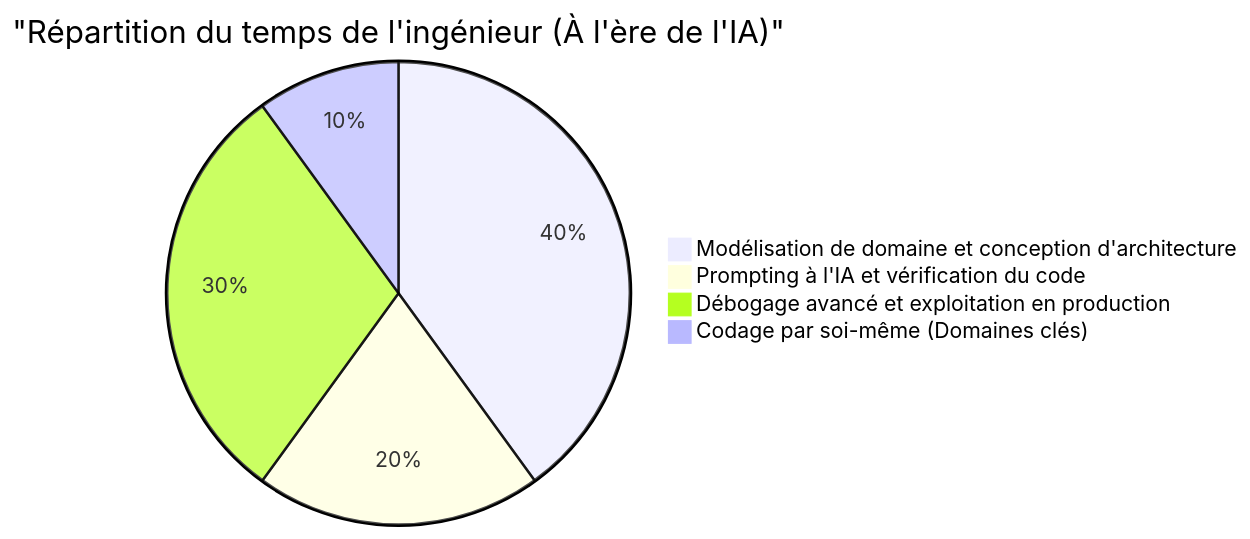
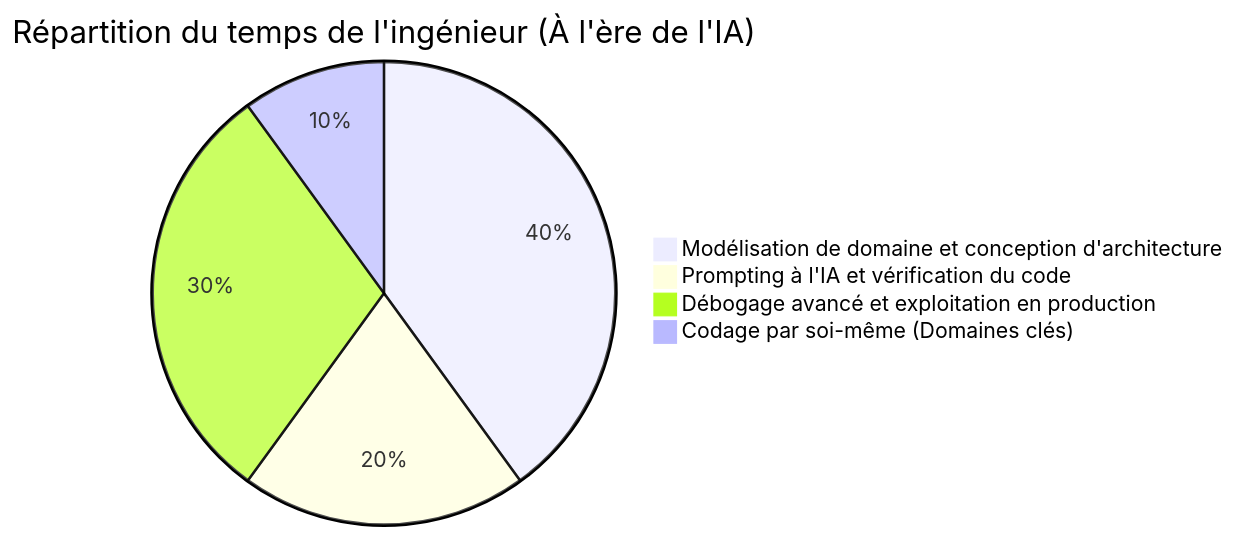
Before and after one commit to kenjinote/blog: the fourth of 4 diagrams in content/post/human_engineer_skills/index.fr.md, drawn with Mermaid. The commit also changed other lines of this file and 703 other files, not shown here.

Commit message:
Fix: Remove quotes from Mermaid link texts and timeline definitions to support Mermaid 11.4.1

````diff
--- a/content/post/human_engineer_skills/index.fr.md
+++ b/content/post/human_engineer_skills/index.fr.md
@@ -190,7 +190,7 @@
 ```mermaid
-pie title "Répartition du temps de l'ingénieur (À l'ère de l'IA)"
+pie title Répartition du temps de l'ingénieur (À l'ère de l'IA)
   "Modélisation de domaine et conception d'architecture": 40
   "Prompting à l'IA et vérification du code": 20
   "Débogage avancé et exploitation en production": 30
   "Codage par soi-même (Domaines clés)": 10
 ```
````
